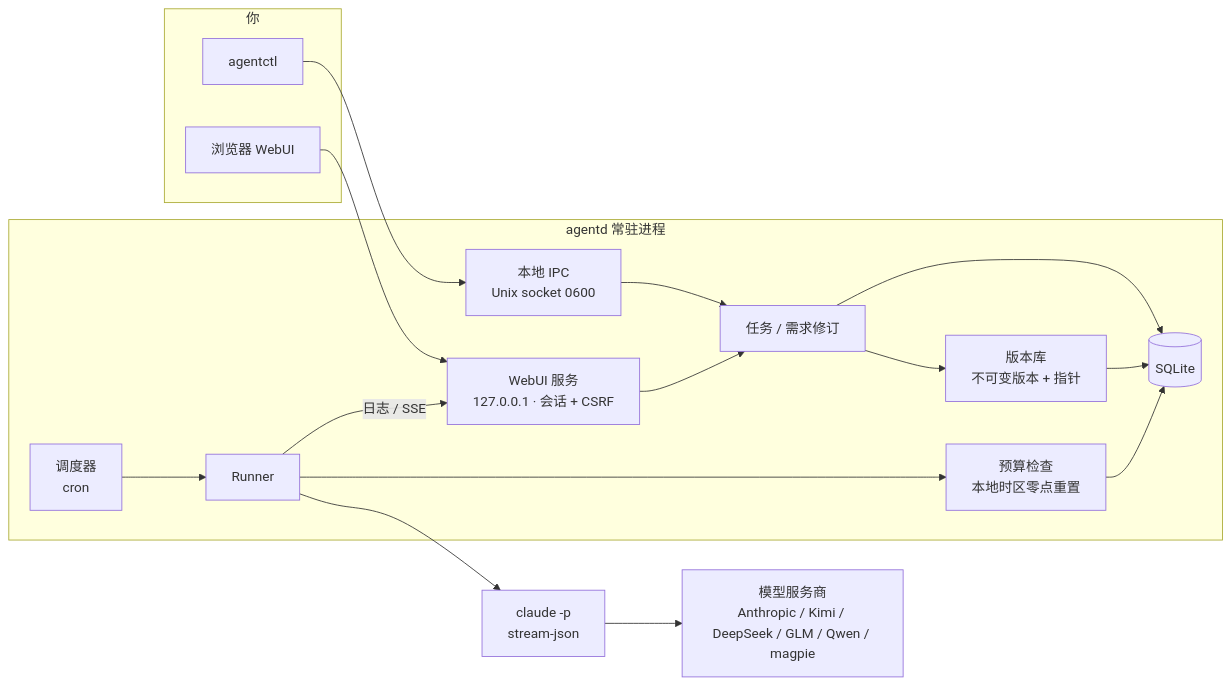
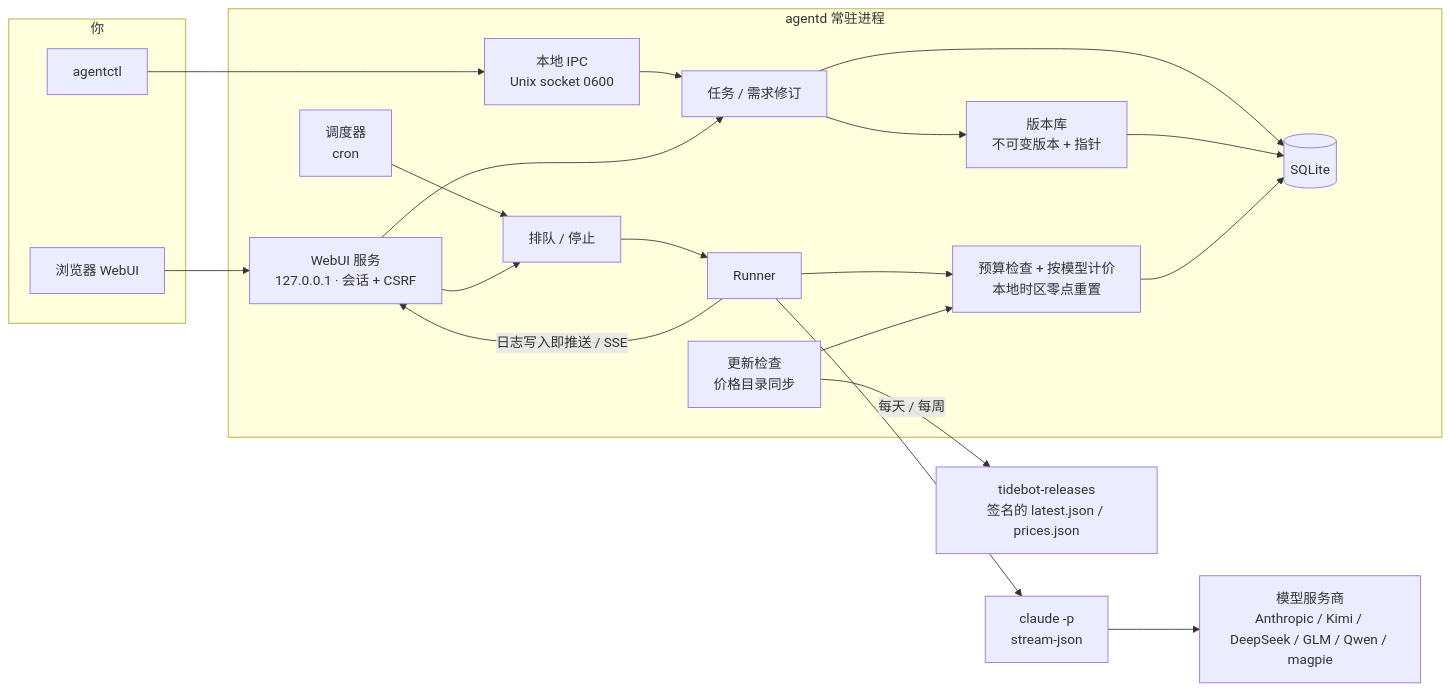
The diagram in README.md (Zhengmingming1/tidebot), drawn with Mermaid before and after one commit. The commit also changed other lines of this file and 25 other files, not shown here.

Commit message:
v0.1.7 发布说明；README 更新功能介绍、占用实测、安装与更新说明、架构图，按 1024×655 重拍截图

````diff
--- a/README.md
+++ b/README.md
@@ -81,33 +101,40 @@
 ```mermaid
 flowchart LR
   subgraph you[你]
     CLI[agentctl]
     Browser[浏览器 WebUI]
   end
   subgraph agentd[agentd 常驻进程]
     IPC[本地 IPC<br/>Unix socket 0600]
     Web[WebUI 服务<br/>127.0.0.1 · 会话 + CSRF]
     Sched[调度器<br/>cron]
     Tasks[任务 / 需求修订]
     Ver[版本库<br/>不可变版本 + 指针]
-    Cost[预算检查<br/>本地时区零点重置]
+    Cost[预算检查 + 按模型计价<br/>本地时区零点重置]
+    Queue[排队 / 停止]
     Runner[Runner]
+    Upd[更新检查<br/>价格目录同步]
     DB[(SQLite)]
   end
   Claude[claude -p<br/>stream-json]
   Provider[模型服务商<br/>Anthropic / Kimi / DeepSeek / GLM / Qwen / magpie]
+  Rel[tidebot-releases<br/>签名的 latest.json / prices.json]
 
   CLI --> IPC
   Browser --> Web
   IPC --> Tasks
   Web --> Tasks
-  Sched --> Runner
+  Sched --> Queue
+  Web --> Queue
+  Queue --> Runner
   Tasks --> Ver
   Runner --> Cost
   Runner --> Claude
   Claude --> Provider
   Tasks --> DB
   Ver --> DB
   Cost --> DB
-  Runner -- 日志 / SSE --> Web
+  Runner -- 日志写入即推送 / SSE --> Web
+  Upd -- 每天 / 每周 --> Rel
+  Upd --> Cost
 ```
````
